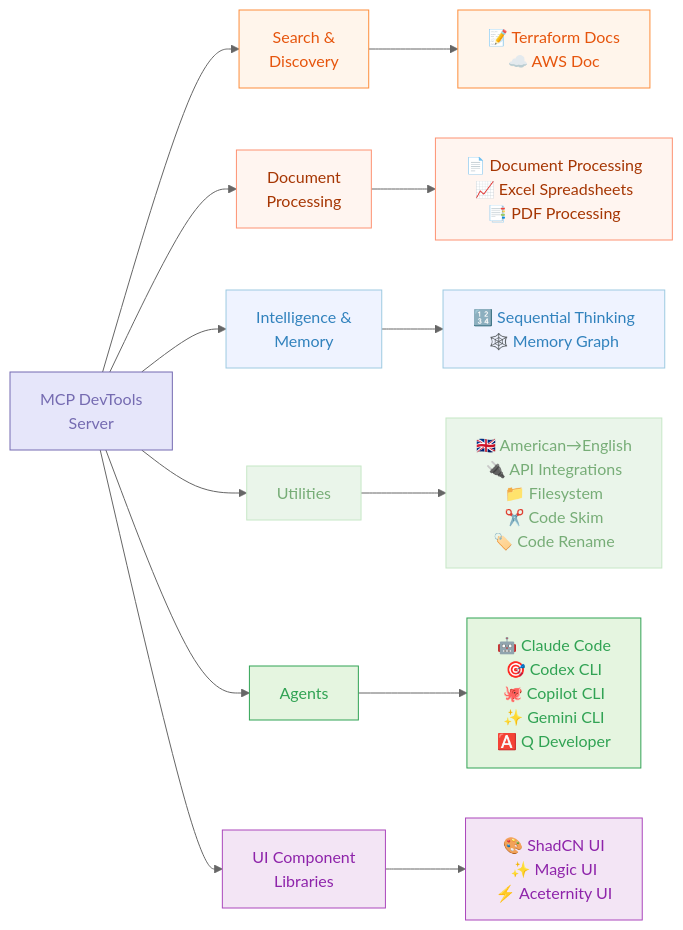
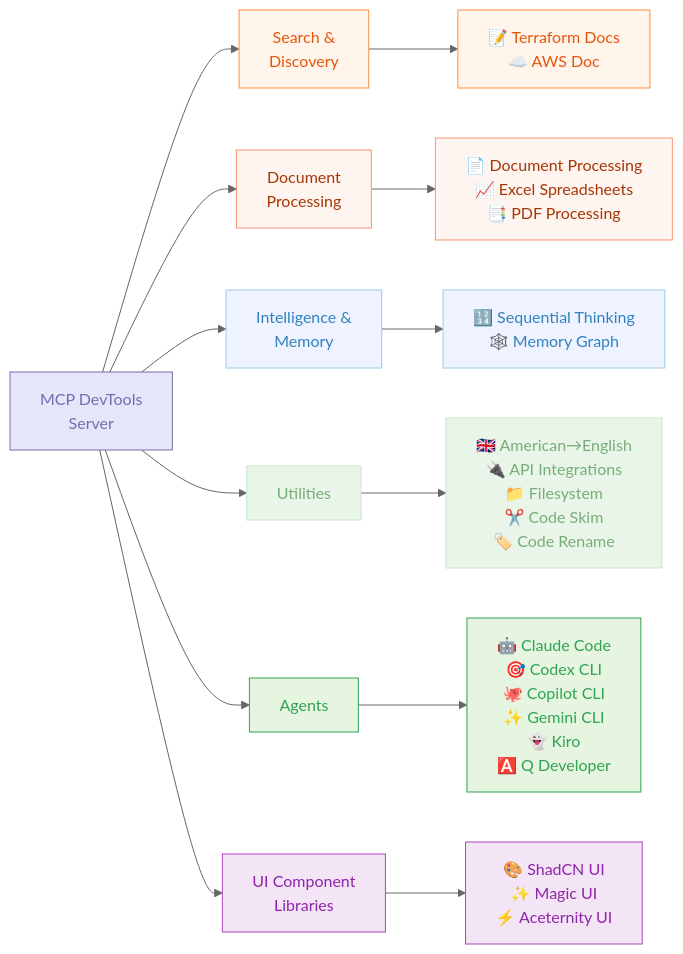
One commit to sammcj/mcp-devtools changed the second of 2 diagrams in README.md. Above: the diagram before and after it, drawn with Mermaid (neutral theme). The commit also changed other lines of this file and 8 other files, not shown here.

Commit message:
Add Kiro agent and update Copilot

````diff
--- a/README.md
+++ b/README.md
@@ -34,39 +34,39 @@
 ```mermaid
 graph LR
     A[MCP DevTools<br>Server]
 
     A --> B[Search &<br>Discovery]
     A --> C[Document<br>Processing]
     A --> E[Intelligence &<br>Memory]
     A --> F[Utilities]
     A --> G[Agents]
     A --> D[UI Component<br>Libraries]
 
     B --> B_Tools[📝 Terraform Docs<br>☁️ AWS Doc]
 
     C --> C_Tools[📄 Document Processing<br>📈 Excel Spreadsheets<br>📑 PDF Processing]
 
     E --> E_Tools[🔢 Sequential Thinking<br>🕸️ Memory Graph]
 
     F --> F_Tools[🇬🇧 American→English<br>🔌 API Integrations<br>📁 Filesystem<br>✂️ Code Skim<br>🏷️ Code Rename]
 
-    G --> G_Tools[🤖 Claude Code<br>🎯 Codex CLI<br>🐙 Copilot CLI<br>✨ Gemini CLI<br>🅰️ Q Developer]
+    G --> G_Tools[🤖 Claude Code<br>🎯 Codex CLI<br>🐙 Copilot CLI<br>✨ Gemini CLI<br>👻 Kiro<br>🅰️ Q Developer]
 
     D --> D_Tools[🎨 ShadCN UI<br>✨ Magic UI<br>⚡ Aceternity UI]
 
     classDef components fill:#E6E6FA,stroke:#756BB1,color:#756BB1
     classDef llm fill:#E5F5E0,stroke:#31A354,color:#31A354
     classDef process fill:#EAF5EA,stroke:#C6E7C6,color:#77AD77
     classDef data fill:#EFF3FF,stroke:#9ECAE1,color:#3182BD
     classDef decision fill:#FFF5EB,stroke:#FD8D3C,color:#E6550D
     classDef api fill:#FFF5F0,stroke:#FD9272,color:#A63603
     classDef ui fill:#F3E5F5,stroke:#AB47BC,color:#8E24AA
 
     class A components
     class B,B_Tools decision
     class C,C_Tools api
     class D,D_Tools ui
     class E,E_Tools data
     class F,F_Tools process
     class G,G_Tools llm
 ```
````
